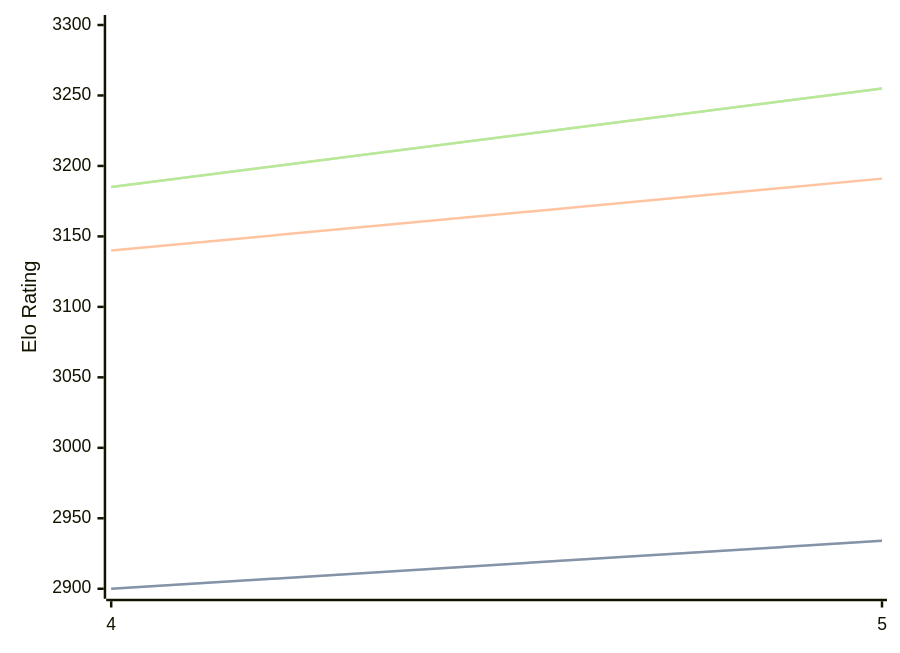
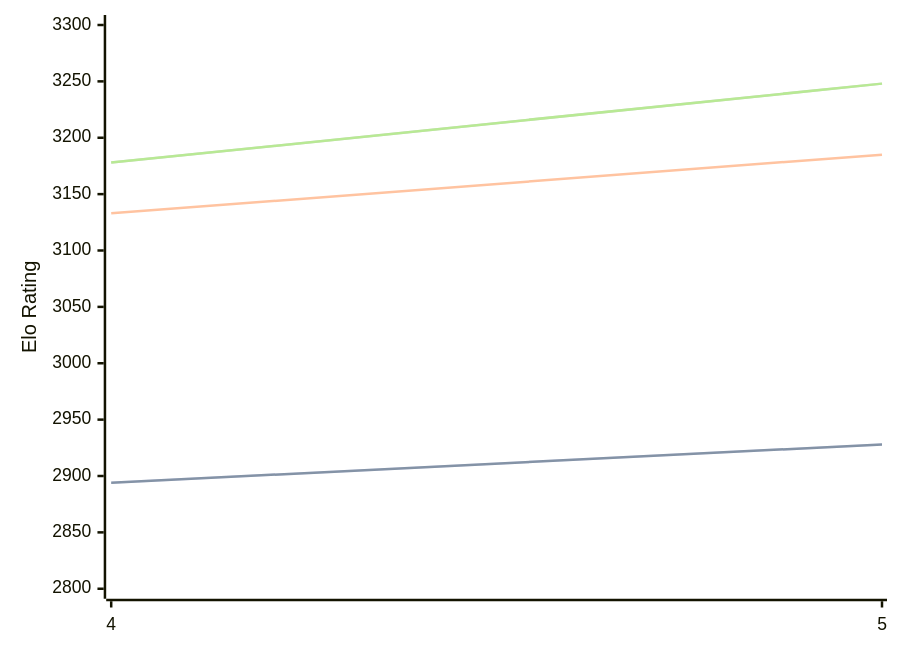
Before and after one commit to computer-chess-index/cci: the diagram in engines/Cwtch.md, drawn with Mermaid. The commit also changed other lines of this file, not shown here.

Commit message:
Update CCI Ratings (ELO VLTC) - 2026-05-18

````diff
--- a/engines/Cwtch.md
+++ b/engines/Cwtch.md
@@ -34,11 +34,11 @@
 ```mermaid
 %%{init: {"theme":"base","themeVariables":{"seriesColors:['#a3a3a3','#222221','#faa371']}}}%%
 xychart-beta
   x-axis ["4", "5"]
-  y-axis "Elo Rating" 2900 --> 3300
-  line "STC (8.0+0.08s)" [2900, 2934]
-  line "STC (8.0+0.08s)" [2900, 2934]
-  line "LTC (60.0+0.60s)" [3140, 3191]
-  line "VLTC (2m24s+1.12s)" [3185, 3255]
-  line "VLTC (2m24s+1.12s)" [3185, 3255]
+  y-axis "Elo Rating" 2800 --> 3300
+  line "STC (8.0+0.08s)" [2894, 2928]
+  line "STC (8.0+0.08s)" [2894, 2928]
+  line "LTC (60.0+0.60s)" [3133, 3185]
+  line "VLTC (2m24s+1.12s)" [3178, 3248]
+  line "VLTC (2m24s+1.12s)" [3178, 3248]
 ```
````
